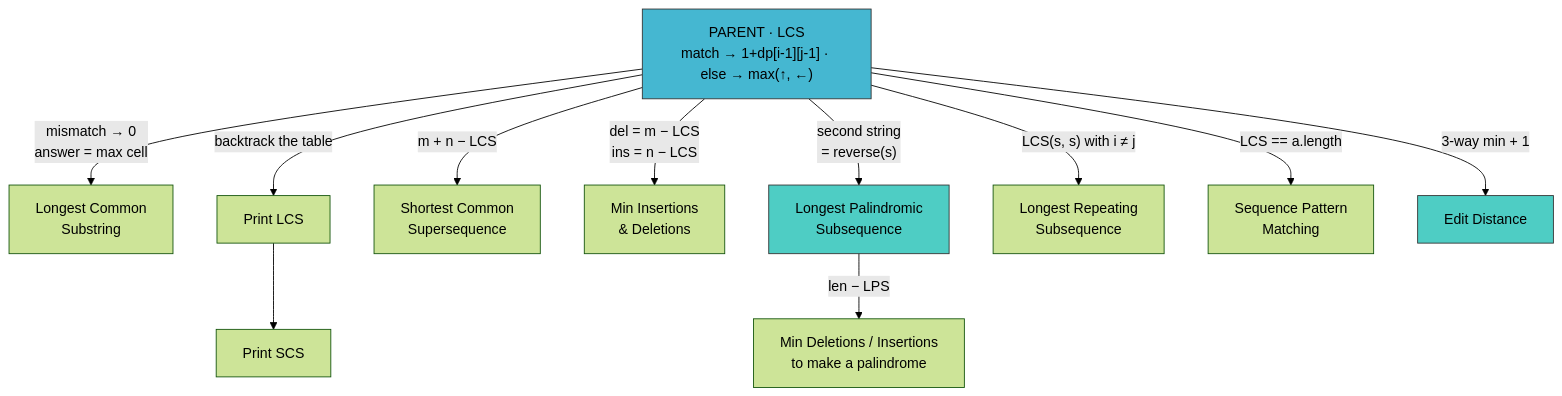
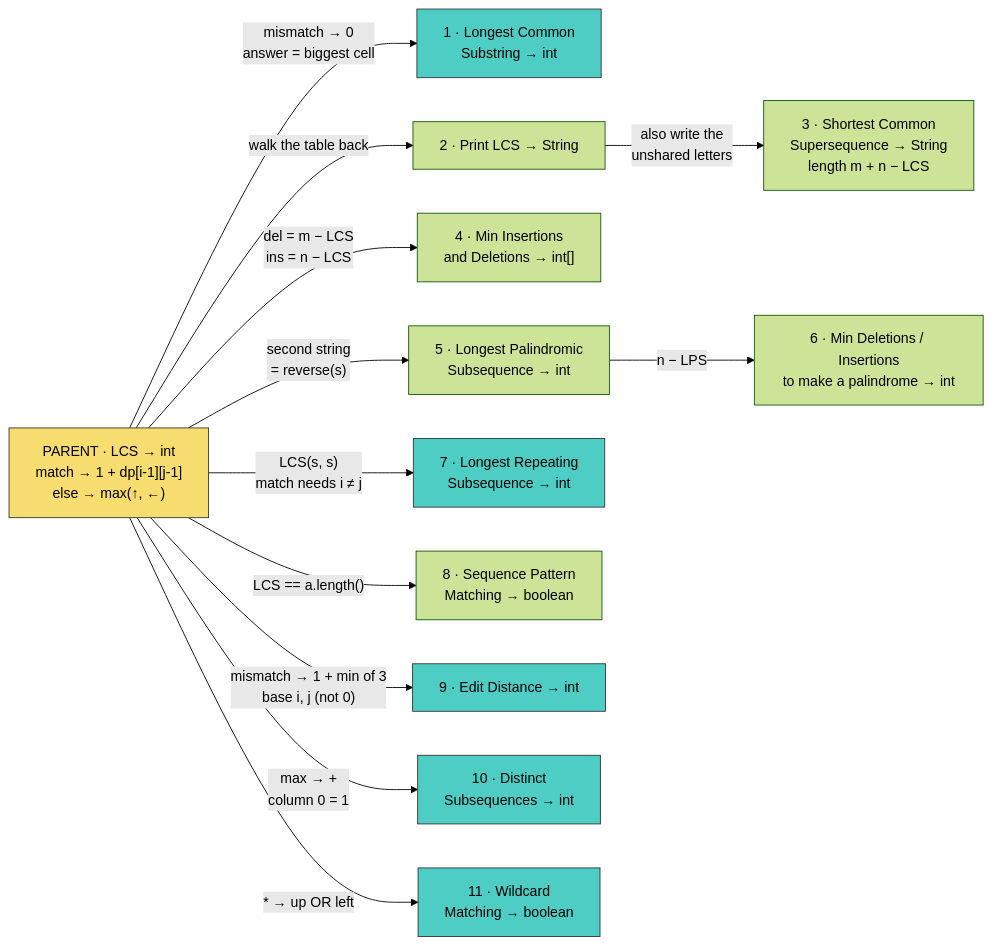
The sixth of 8 diagrams in content/31c_dynamic_programming.md (Hmago/ml4), drawn with Mermaid (forest theme) before and after one commit. The commit also changed other lines of this file and 189 other files, not shown here.

````diff
--- a/content/31c_dynamic_programming.md
+++ b/content/31c_dynamic_programming.md
@@ -2685,17 +2571,21 @@
 ```mermaid
-flowchart TD
-    L["PARENT · LCS<br/>match → 1+dp[i-1][j-1] · else → max(↑, ←)"]
-    L -->|"mismatch → 0<br/>answer = max cell"| SUB[Longest Common<br/>Substring]
-    L -->|"backtrack the table"| PR[Print LCS]
-    L -->|"m + n − LCS"| SCS[Shortest Common<br/>Supersequence]
-    PR --> PSCS[Print SCS]
-    L -->|"del = m − LCS<br/>ins = n − LCS"| ID[Min Insertions<br/>& Deletions]
-    L -->|"second string<br/>= reverse(s)"| LPS[Longest Palindromic<br/>Subsequence]
-    LPS -->|"len − LPS"| MDP[Min Deletions / Insertions<br/>to make a palindrome]
-    L -->|"LCS(s, s) with i ≠ j"| LRS[Longest Repeating<br/>Subsequence]
-    L -->|"LCS == a.length"| SPM[Sequence Pattern<br/>Matching]
-    L -->|"3-way min + 1"| ED[Edit Distance]
-    style L fill:#45b7d1,stroke:#333,color:#000
-    style LPS fill:#4ecdc4,stroke:#333,color:#000
+flowchart LR
+    L["PARENT · LCS → int<br/>match → 1 + dp[i-1][j-1]<br/>else → max(↑, ←)"]
+    L -->|"mismatch → 0<br/>answer = biggest cell"| SUB["1 · Longest Common<br/>Substring → int"]
+    L -->|"walk the table back"| PR["2 · Print LCS → String"]
+    PR -->|"also write the<br/>unshared letters"| SCS["3 · Shortest Common<br/>Supersequence → String<br/>length m + n − LCS"]
+    L -->|"del = m − LCS<br/>ins = n − LCS"| ID["4 · Min Insertions<br/>and Deletions → int[]"]
+    L -->|"second string<br/>= reverse(s)"| LPS["5 · Longest Palindromic<br/>Subsequence → int"]
+    LPS -->|"n − LPS"| MDP["6 · Min Deletions / Insertions<br/>to make a palindrome → int"]
+    L -->|"LCS(s, s)<br/>match needs i ≠ j"| LRS["7 · Longest Repeating<br/>Subsequence → int"]
+    L -->|"LCS == a.length()"| SPM["8 · Sequence Pattern<br/>Matching → boolean"]
+    L -->|"mismatch → 1 + min of 3<br/>base i, j (not 0)"| ED["9 · Edit Distance → int"]
+    L -->|"max → +<br/>column 0 = 1"| DS["10 · Distinct<br/>Subsequences → int"]
+    L -->|"* → up OR left"| WC["11 · Wildcard<br/>Matching → boolean"]
+    style L fill:#f7dc6f,stroke:#333,color:#000
+    style SUB fill:#4ecdc4,stroke:#333,color:#000
+    style LRS fill:#4ecdc4,stroke:#333,color:#000
     style ED fill:#4ecdc4,stroke:#333,color:#000
+    style DS fill:#4ecdc4,stroke:#333,color:#000
+    style WC fill:#4ecdc4,stroke:#333,color:#000
 ```
````
